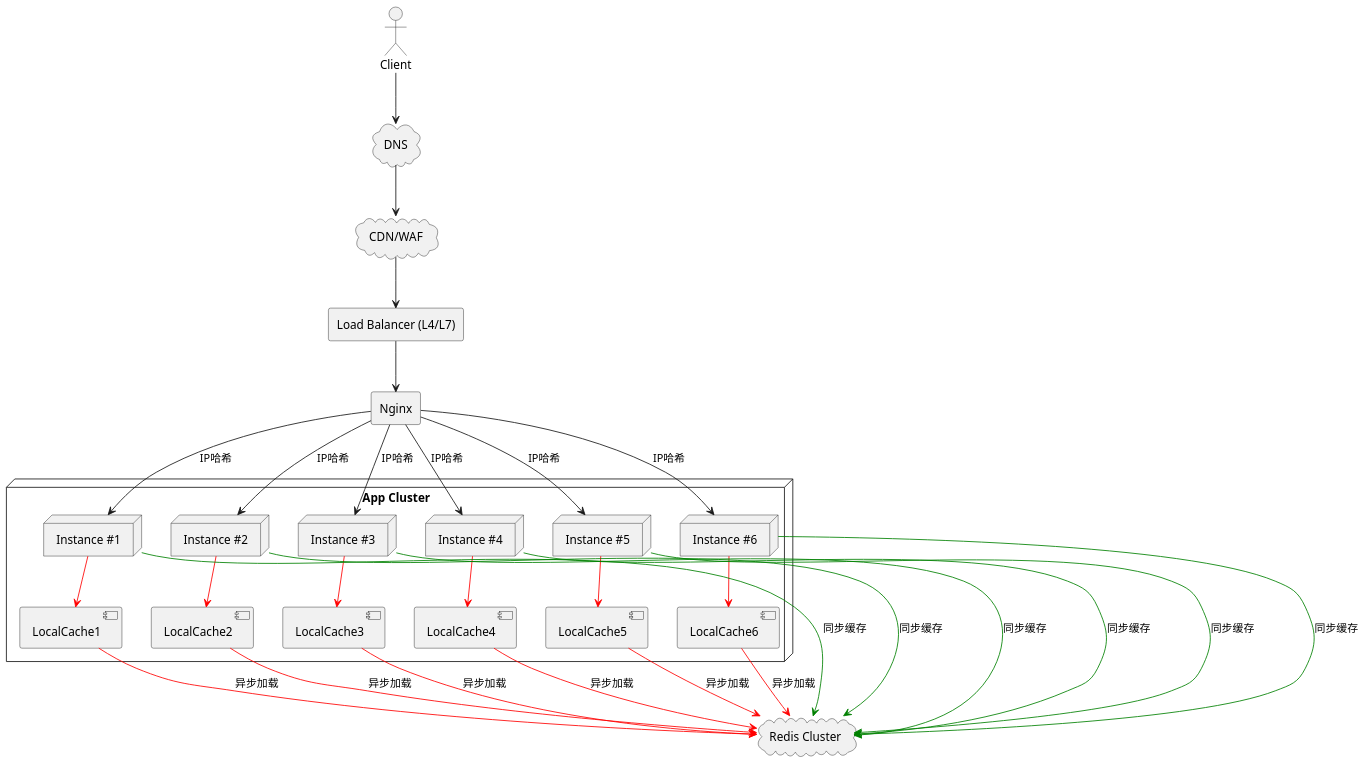
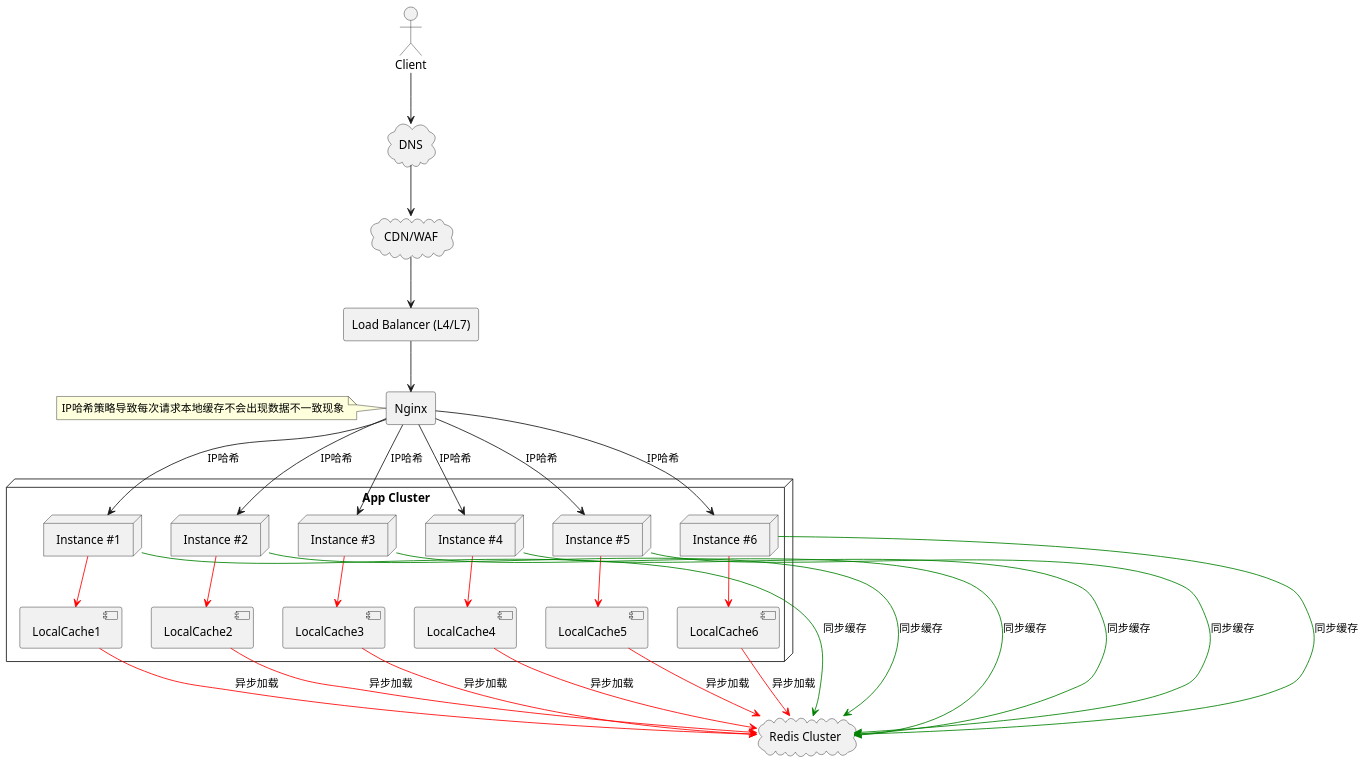
One commit to jdktomcater/java-showcase changed the diagram in showcase-design/业务/问题/财务前台登录异常问题分析/商户总控多节点服务架构图.puml. Above: the diagram before and after it, drawn with PlantUML. The commit also changed 1 other file, not shown here.

```diff
--- a/showcase-design/业务/问题/财务前台登录异常问题分析/商户总控多节点服务架构图.puml
+++ b/showcase-design/业务/问题/财务前台登录异常问题分析/商户总控多节点服务架构图.puml
@@ -1,59 +1,63 @@
 @startuml
 skinparam dpi 120
 actor Client
 cloud DNS
 cloud CDN_WAF as "CDN/WAF"
 rectangle LB as "Load Balancer (L4/L7)"
 rectangle Nginx as "Nginx"
 
 node "App Cluster" {
   node "Instance #1" as S1
   node "Instance #2" as S2
   node "Instance #3" as S3
   node "Instance #4" as S4
   node "Instance #5" as S5
   node "Instance #6" as S6
 
   component "LocalCache1" as lc1
   component "LocalCache2" as lc2
   component "LocalCache3" as lc3
   component "LocalCache4" as lc4
   component "LocalCache5" as lc5
   component "LocalCache6" as lc6
 
   S1 -[#Red]-> lc1
   S2 -[#Red]-> lc2
   S3 -[#Red]-> lc3
   S4 -[#Red]-> lc4
   S5 -[#Red]-> lc5
   S6 -[#Red]-> lc6
 }
 cloud REDIS as "Redis Cluster"
 
 Client --> DNS
 DNS --> CDN_WAF
 CDN_WAF --> LB
 LB --> Nginx
 
+note left of Nginx
+  IP哈希策略导致每次请求本地缓存不会出现数据不一致现象
+end note
+
 Nginx --> S1:IP哈希
 Nginx --> S2:IP哈希
 Nginx --> S3:IP哈希
 Nginx --> S4:IP哈希
 Nginx --> S5:IP哈希
 Nginx --> S6:IP哈希
 
 S1 -[#Green]-> REDIS:同步缓存
 S2 -[#Green]-> REDIS:同步缓存
 S3 -[#Green]-> REDIS:同步缓存
 S4 -[#Green]-> REDIS:同步缓存
 S5 -[#Green]-> REDIS:同步缓存
 S6 -[#Green]-> REDIS:同步缓存
 
 lc1 -[#Red]-> REDIS:异步加载
 lc2 -[#Red]-> REDIS:异步加载
 lc3 -[#Red]-> REDIS:异步加载
 lc4 -[#Red]-> REDIS:异步加载
 lc5 -[#Red]-> REDIS:异步加载
 lc6 -[#Red]-> REDIS:异步加载
 
 @enduml
```
